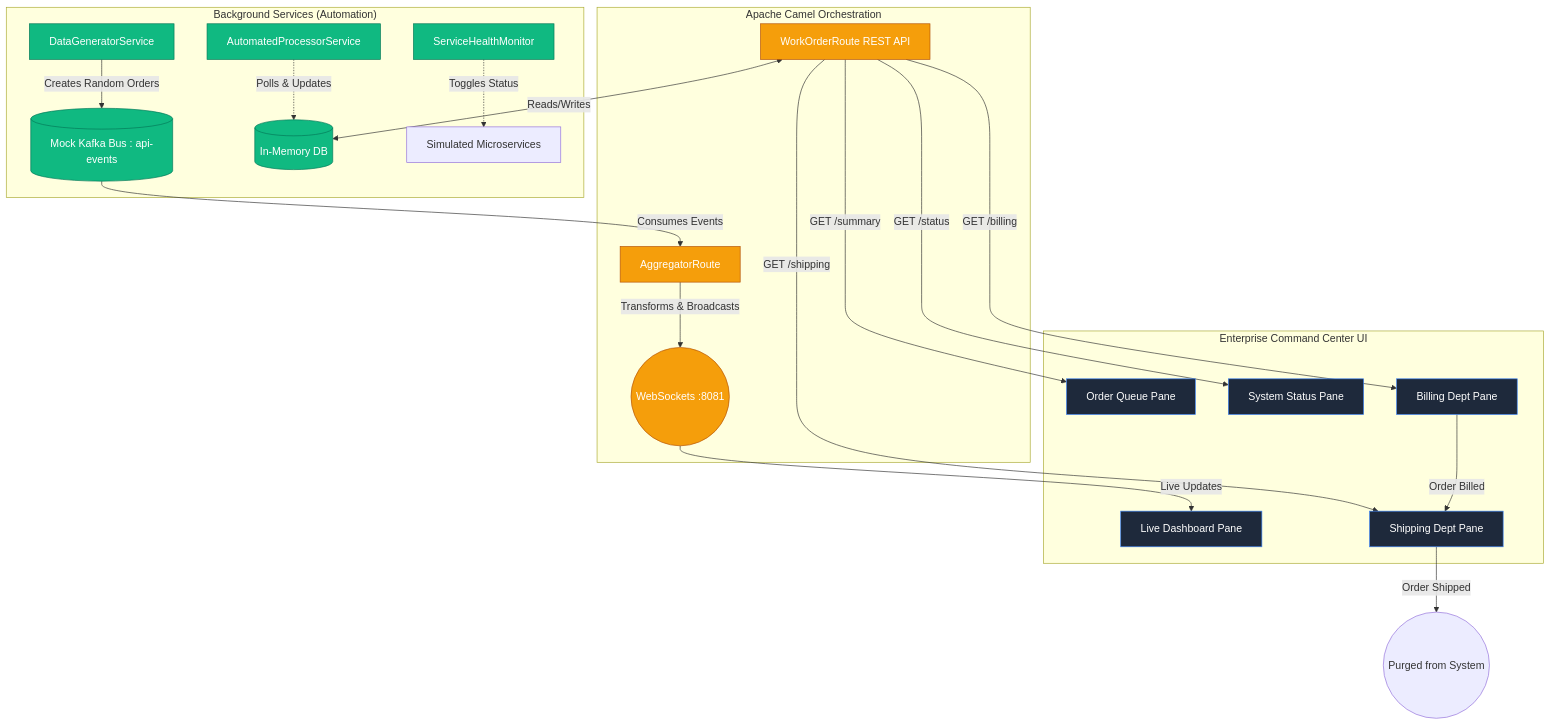
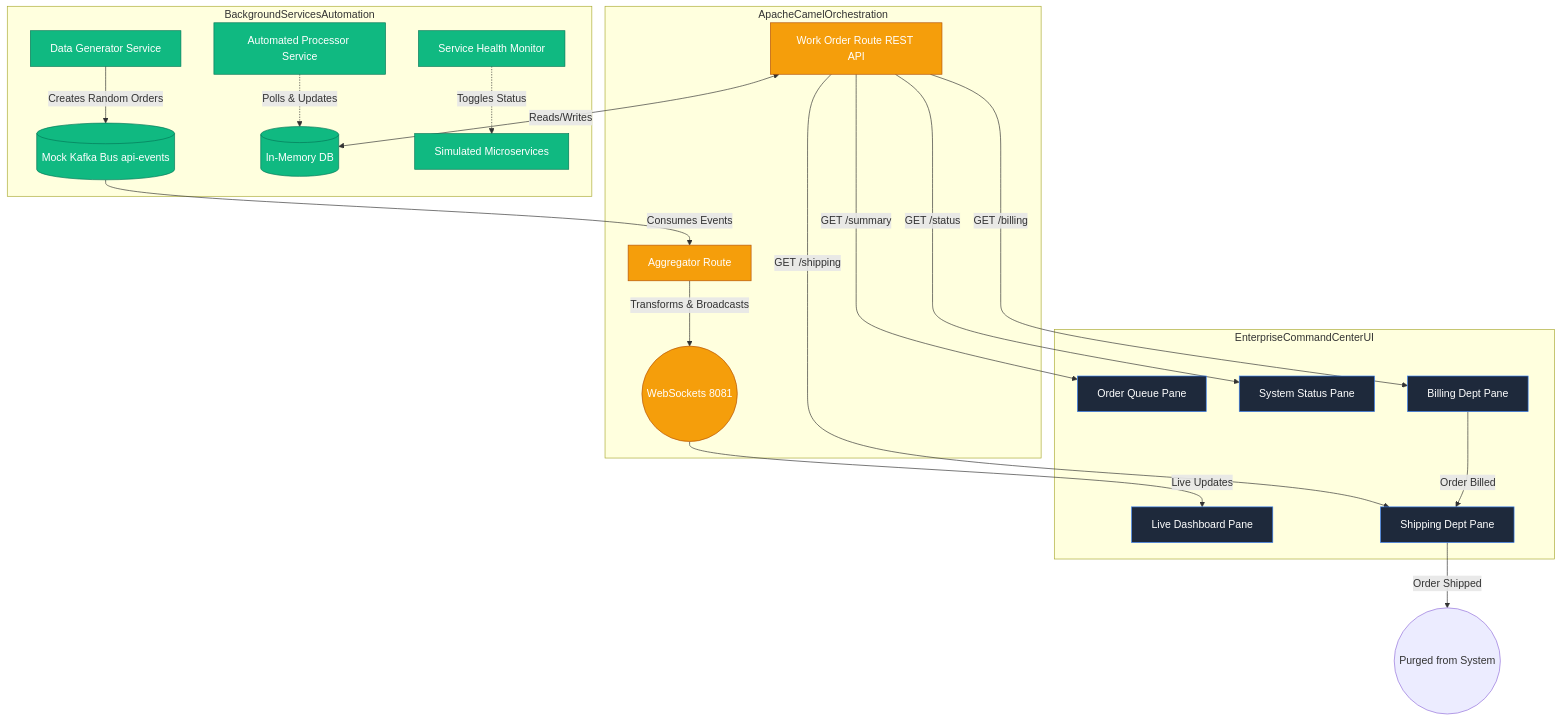
The diagram in README.md (jsoehner/enterprise-command-center), drawn with Mermaid before and after one commit.

Commit message:
fix: update diagram labels for clarity in README.md

````diff
--- a/README.md
+++ b/README.md
@@ -11,34 +11,34 @@
 ```mermaid
 graph TD
-    subgraph "Background Services (Automation)"
-        DG[DataGeneratorService] -->|Creates Random Orders| K[(Mock Kafka Bus : api-events)]
-        AP[AutomatedProcessorService] -.->|Polls & Updates| DB[(In-Memory DB)]
-        HM[ServiceHealthMonitor] -.->|Toggles Status| Microservices[Simulated Microservices]
+    subgraph BackgroundServicesAutomation
+        DG[Data Generator Service] -->|Creates Random Orders| K[(Mock Kafka Bus api-events)]
+        AP[Automated Processor Service] -.->|Polls & Updates| DB[(In-Memory DB)]
+        HM[Service Health Monitor] -.->|Toggles Status| MS[Simulated Microservices]
     end
 
-    subgraph "Apache Camel Orchestration"
-        K -->|Consumes Events| AR[AggregatorRoute]
-        AR -->|Transforms & Broadcasts| WS((WebSockets :8081))
-        WR[WorkOrderRoute REST API] <-->|Reads/Writes| DB
+    subgraph ApacheCamelOrchestration
+        K -->|Consumes Events| AR[Aggregator Route]
+        AR -->|Transforms & Broadcasts| WS((WebSockets 8081))
+        WR[Work Order Route REST API] <-->|Reads/Writes| DB
     end
 
-    subgraph "Enterprise Command Center UI"
+    subgraph EnterpriseCommandCenterUI
         WS -->|Live Updates| Dash[Live Dashboard Pane]
         WR -->|GET /summary| Queue[Order Queue Pane]
         WR -->|GET /status| Stat[System Status Pane]
         WR -->|GET /billing| Bill[Billing Dept Pane]
         WR -->|GET /shipping| Ship[Shipping Dept Pane]
     end
     
     %% Pipes and Filters Workflow
     Bill -->|Order Billed| Ship
     Ship -->|Order Shipped| Purge((Purged from System))
     
     classDef ui fill:#1e293b,stroke:#3b82f6,color:#fff;
     classDef camel fill:#f59e0b,stroke:#b45309,color:#fff;
     classDef data fill:#10b981,stroke:#047857,color:#fff;
     
     class Dash,Queue,Stat,Bill,Ship ui;
     class AR,WR,WS camel;
-    class K,DB,DG,AP,HM data;
+    class K,DB,DG,AP,HM,MS data;
 ```
````
